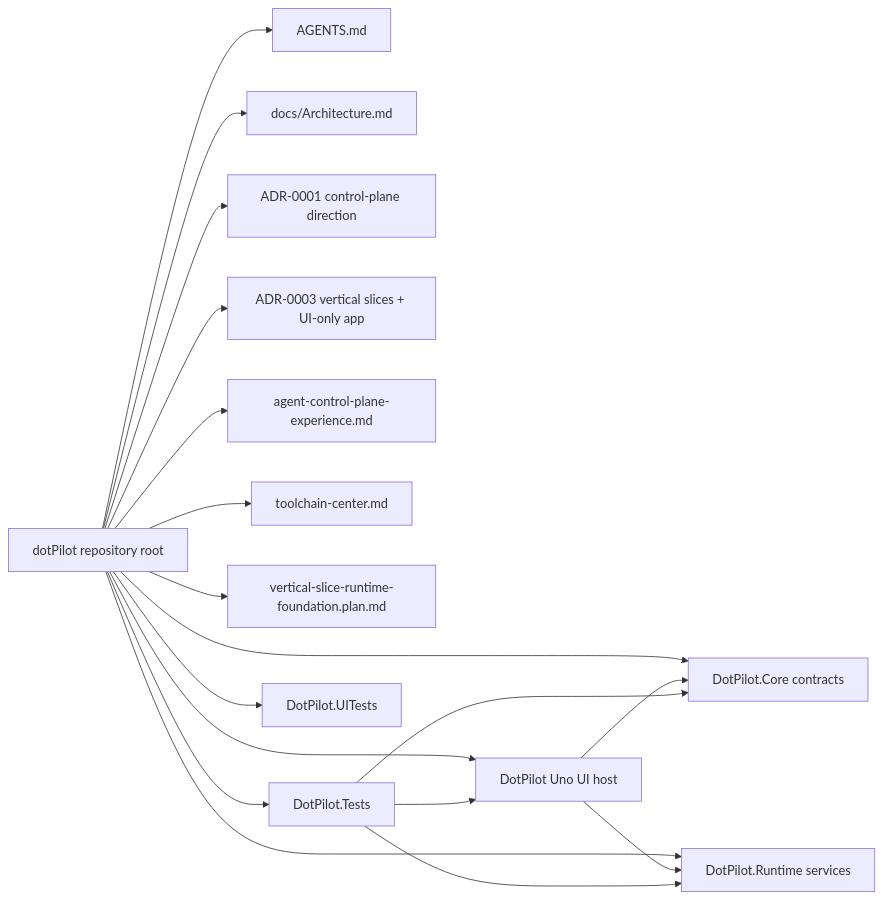
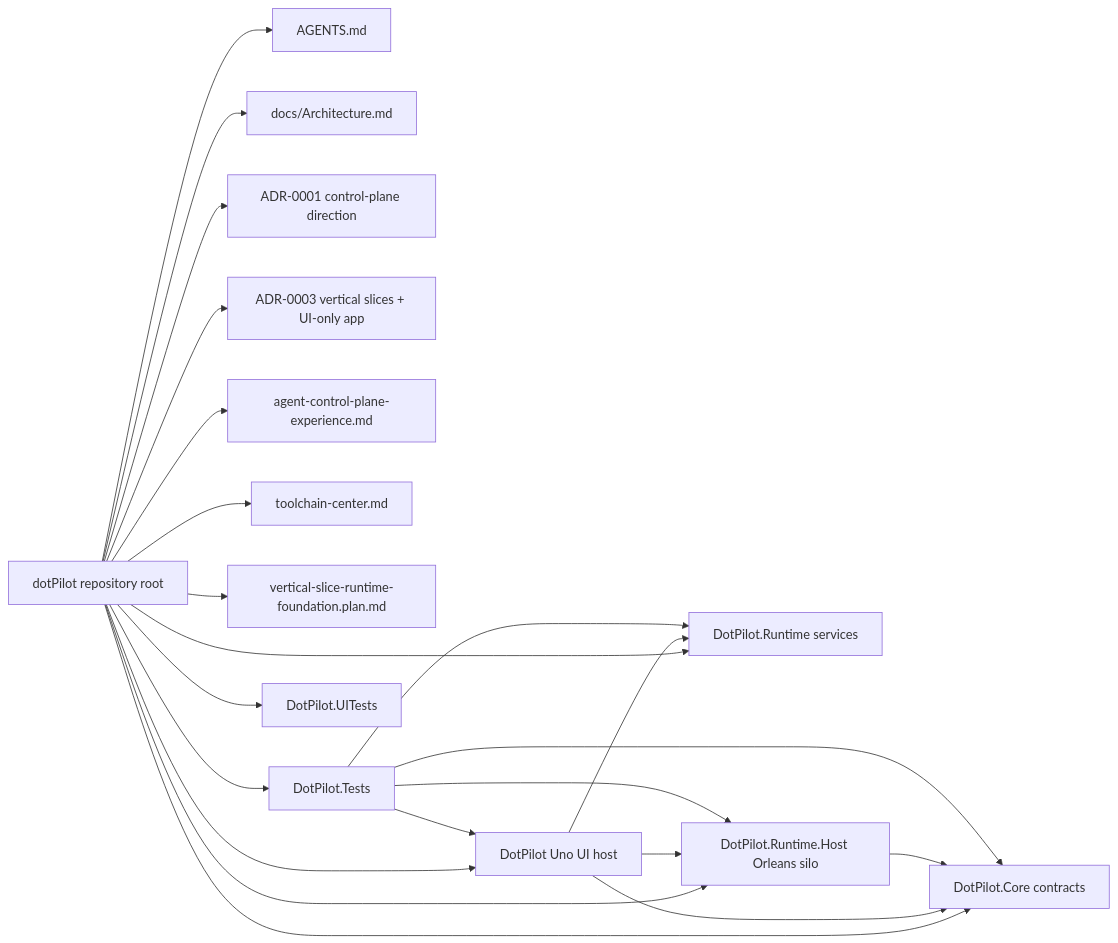
One commit to managedcode/dotPilot changed the first of 5 diagrams in docs/Architecture.md. Above: the diagram before and after it, drawn with Mermaid. The commit also changed other lines of this file and 34 other files, not shown here.

Commit message:
Implement embedded Orleans localhost host

````diff
--- a/docs/Architecture.md
+++ b/docs/Architecture.md
@@ -29,34 +29,39 @@
 ```mermaid
 flowchart LR
   Root["dotPilot repository root"]
   Governance["AGENTS.md"]
   Architecture["docs/Architecture.md"]
   Adr1["ADR-0001 control-plane direction"]
   Adr3["ADR-0003 vertical slices + UI-only app"]
   Feature["agent-control-plane-experience.md"]
   Toolchains["toolchain-center.md"]
   Plan["vertical-slice-runtime-foundation.plan.md"]
   Ui["DotPilot Uno UI host"]
   Core["DotPilot.Core contracts"]
   Runtime["DotPilot.Runtime services"]
+  Host["DotPilot.Runtime.Host Orleans silo"]
   Unit["DotPilot.Tests"]
   UiTests["DotPilot.UITests"]
 
   Root --> Governance
   Root --> Architecture
   Root --> Adr1
   Root --> Adr3
   Root --> Feature
   Root --> Toolchains
   Root --> Plan
   Root --> Ui
   Root --> Core
   Root --> Runtime
+  Root --> Host
   Root --> Unit
   Root --> UiTests
   Ui --> Core
   Ui --> Runtime
+  Ui --> Host
+  Host --> Core
   Unit --> Ui
   Unit --> Core
   Unit --> Runtime
+  Unit --> Host
 ```
````
